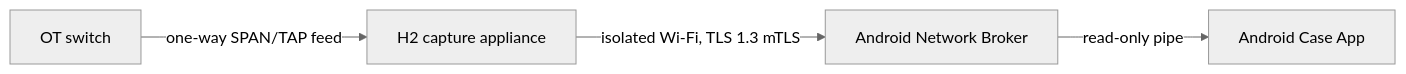
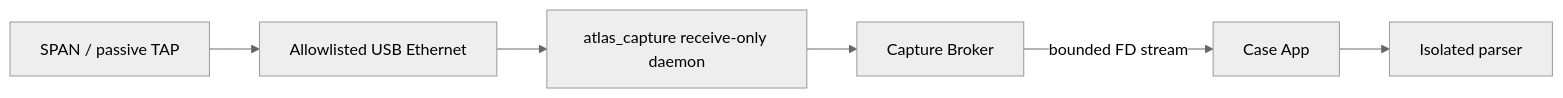
One commit to charifmahmoudi/mobile-ot-security-assessment changed the third of 4 diagrams in docs/architecture/SYSTEM-AND-DEPLOYMENT.md. Above: the diagram before and after it, drawn with Mermaid (neutral theme). The commit also changed other lines of this file and 37 other files, not shown here.

````diff
--- a/docs/architecture/SYSTEM-AND-DEPLOYMENT.md
+++ b/docs/architecture/SYSTEM-AND-DEPLOYMENT.md
@@ -96,6 +61,8 @@
 ```mermaid
 flowchart LR
-  SWITCH["OT switch"] -->|"one-way SPAN/TAP feed"| PI["H2 capture appliance"]
-  PI -->|"isolated Wi-Fi, TLS 1.3 mTLS"| BROKER["Android Network Broker"]
-  BROKER -->|"read-only pipe"| APP["Android Case App"]
+  SWITCH["SPAN / passive TAP"] --> NIC["Allowlisted USB Ethernet"]
+  NIC --> DAEMON["atlas_capture receive-only daemon"]
+  DAEMON --> CB["Capture Broker"]
+  CB -->|"bounded FD stream"| APP["Case App"]
+  APP --> PARSER["Isolated parser"]
 ```
````
